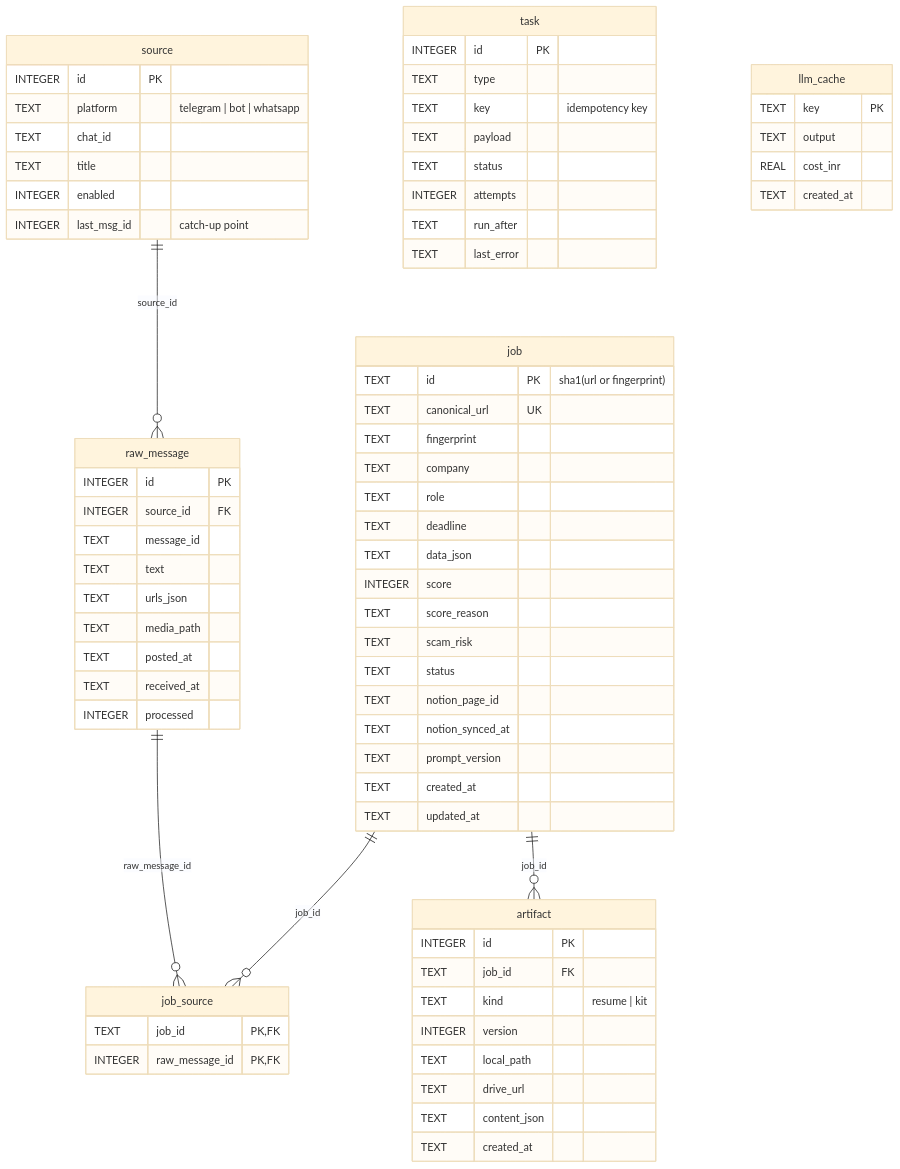
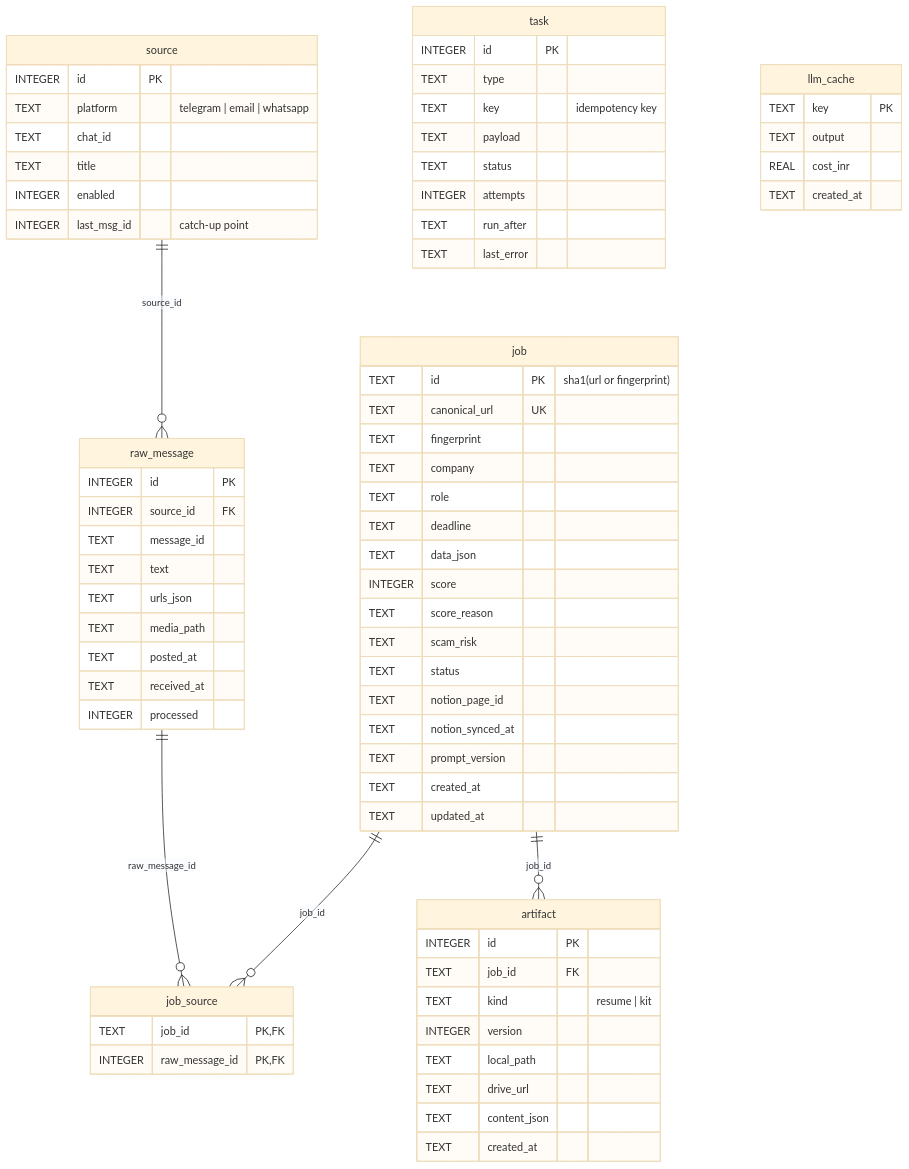
The first of 6 diagrams in docs/LLD.md (ThePlator/JobRadar), drawn with Mermaid (base theme) before and after one commit. The commit also changed other lines of this file and 13 other files, not shown here.

````diff
--- a/docs/LLD.md
+++ b/docs/LLD.md
@@ -166,75 +177,75 @@
 ```mermaid
 erDiagram
     source ||--o{ raw_message : "source_id"
     raw_message ||--o{ job_source : "raw_message_id"
     job ||--o{ job_source : "job_id"
     job ||--o{ artifact : "job_id"
 
     source {
         INTEGER id PK
-        TEXT platform "telegram | bot | whatsapp"
+        TEXT platform "telegram | email | whatsapp"
         TEXT chat_id
         TEXT title
         INTEGER enabled
         INTEGER last_msg_id "catch-up point"
     }
     raw_message {
         INTEGER id PK
         INTEGER source_id FK
         TEXT message_id
         TEXT text
         TEXT urls_json
         TEXT media_path
         TEXT posted_at
         TEXT received_at
         INTEGER processed
     }
     job {
         TEXT id PK "sha1(url or fingerprint)"
         TEXT canonical_url UK
         TEXT fingerprint
         TEXT company
         TEXT role
         TEXT deadline
         TEXT data_json
         INTEGER score
         TEXT score_reason
         TEXT scam_risk
         TEXT status
         TEXT notion_page_id
         TEXT notion_synced_at
         TEXT prompt_version
         TEXT created_at
         TEXT updated_at
     }
     job_source {
         TEXT job_id PK, FK
         INTEGER raw_message_id PK, FK
     }
     artifact {
         INTEGER id PK
         TEXT job_id FK
         TEXT kind "resume | kit"
         INTEGER version
         TEXT local_path
         TEXT drive_url
         TEXT content_json
         TEXT created_at
     }
     task {
         INTEGER id PK
         TEXT type
         TEXT key "idempotency key"
         TEXT payload
         TEXT status
         INTEGER attempts
         TEXT run_after
         TEXT last_error
     }
     llm_cache {
         TEXT key PK
         TEXT output
         REAL cost_inr
         TEXT created_at
     }
 ```
````
